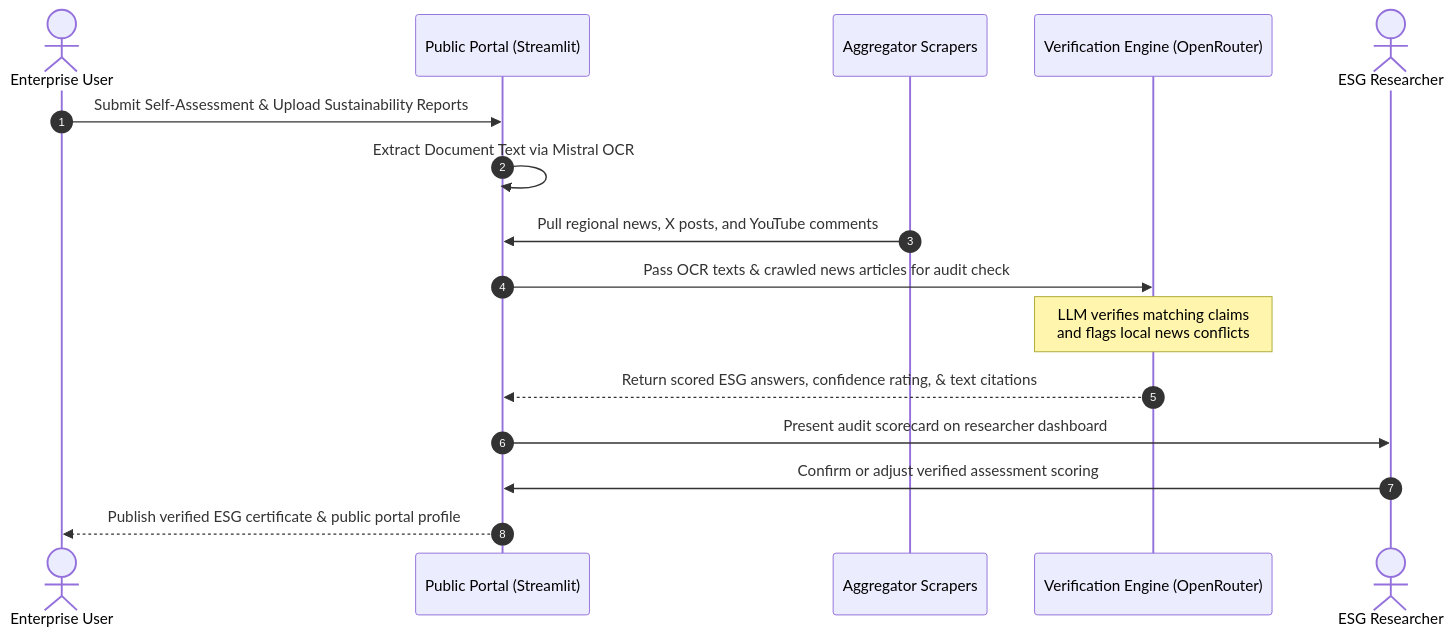
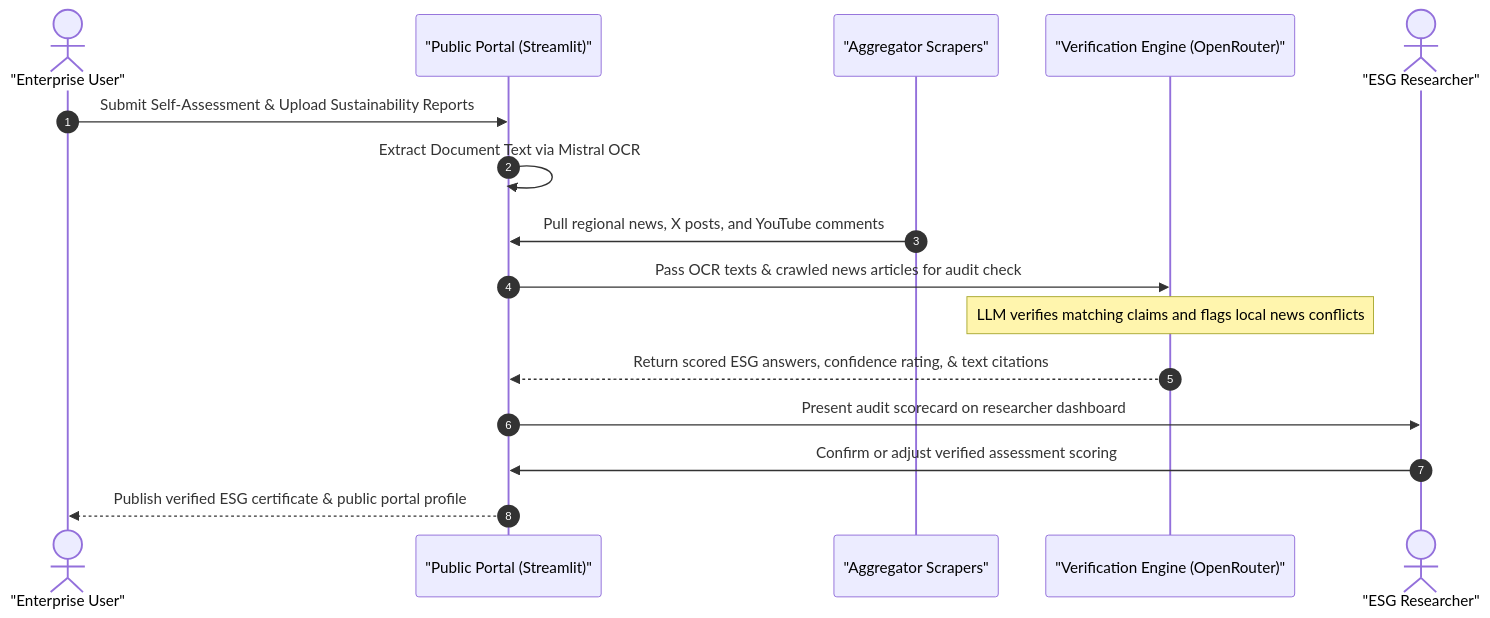
The third of 3 diagrams in README.md (darisdzakwanhoesien2/news_aggregator), drawn with Mermaid before and after one commit. The commit also changed other lines of this file, not shown here.

````diff
--- a/README.md
+++ b/README.md
@@ -340,19 +340,19 @@
 ```mermaid
 sequenceDiagram
     autonumber
-    actor Company as Enterprise User
-    participant Portal as Public Portal (Streamlit)
-    participant Scraper as Aggregator Scrapers
-    participant LLM as Verification Engine (OpenRouter)
-    actor Auditor as ESG Researcher
+    actor Company as "Enterprise User"
+    participant Portal as "Public Portal (Streamlit)"
+    participant Scraper as "Aggregator Scrapers"
+    participant LLM as "Verification Engine (OpenRouter)"
+    actor Auditor as "ESG Researcher"
 
     Company->>Portal: Submit Self-Assessment & Upload Sustainability Reports
     Portal->>Portal: Extract Document Text via Mistral OCR
     Scraper->>Portal: Pull regional news, X posts, and YouTube comments
     Portal->>LLM: Pass OCR texts & crawled news articles for audit check
-    Note over LLM: LLM verifies matching claims<br/>and flags local news conflicts
+    Note over LLM: LLM verifies matching claims and flags local news conflicts
     LLM-->>Portal: Return scored ESG answers, confidence rating, & text citations
     Portal->>Auditor: Present audit scorecard on researcher dashboard
     Auditor->>Portal: Confirm or adjust verified assessment scoring
     Portal-->>Company: Publish verified ESG certificate & public portal profile
 ```
````
